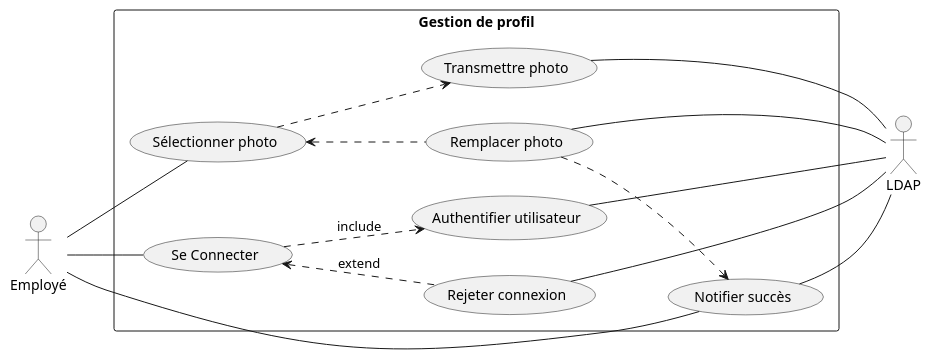
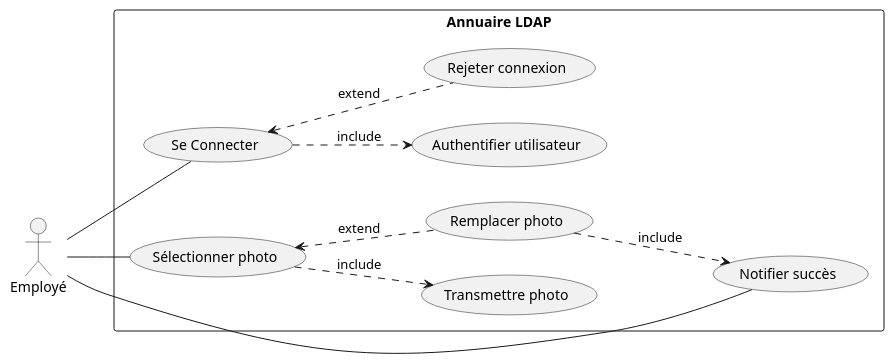
Before and after one commit to sebcourtois/cda-exos-uml-diagrams: the diagram in usecase_diagrams/01.puml, drawn with PlantUML.

Commit message:
usecase 01: remove wrong secondary actor

```diff
--- a/usecase_diagrams/01.puml
+++ b/usecase_diagrams/01.puml
@@ -1,31 +1,31 @@
 @startuml
 left to right direction
 actor "Employé" as dude
-actor "LDAP" as ldap
-rectangle "Gestion de profil" {
+'actor "LDAP" as ldap
+rectangle "Annuaire LDAP" {
   usecase "Se Connecter" as login
   usecase "Authentifier utilisateur" as checkAuth
   usecase "Rejeter connexion" as failAuth
   usecase "Sélectionner photo" as pickPhoto
   usecase "Transmettre photo" as uploadPhoto
   usecase "Remplacer photo" as updatePhoto
   usecase "Notifier succès" as notifySuccess
 }
 
 dude -- login
 dude -- pickPhoto
 dude -- notifySuccess
 
-checkAuth -- ldap
-failAuth -- ldap
-uploadPhoto -- ldap
-updatePhoto -- ldap
-notifySuccess -- ldap
+'checkAuth -- ldap
+'failAuth -- ldap
+'uploadPhoto -- ldap
+'updatePhoto -- ldap
+'notifySuccess -- ldap
 
 login ..> checkAuth: include
 login <.. failAuth: extend
-pickPhoto ..> uploadPhoto
-pickPhoto <.. updatePhoto
-updatePhoto ..> notifySuccess
+pickPhoto ..> uploadPhoto: include
+pickPhoto <.. updatePhoto: extend
+updatePhoto ..> notifySuccess: include
 
 @enduml
```
